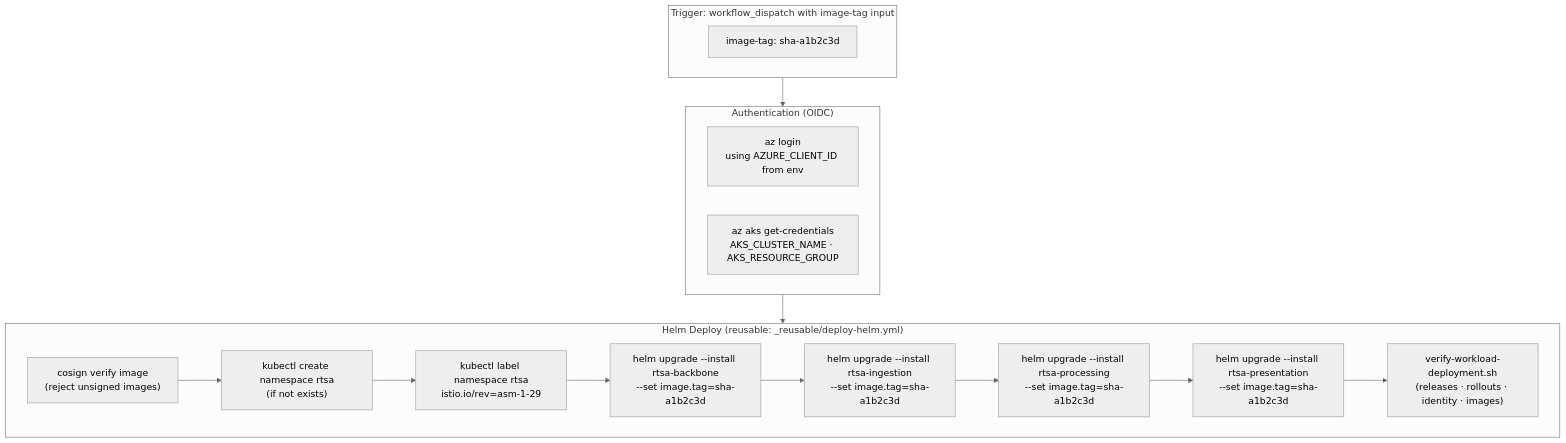
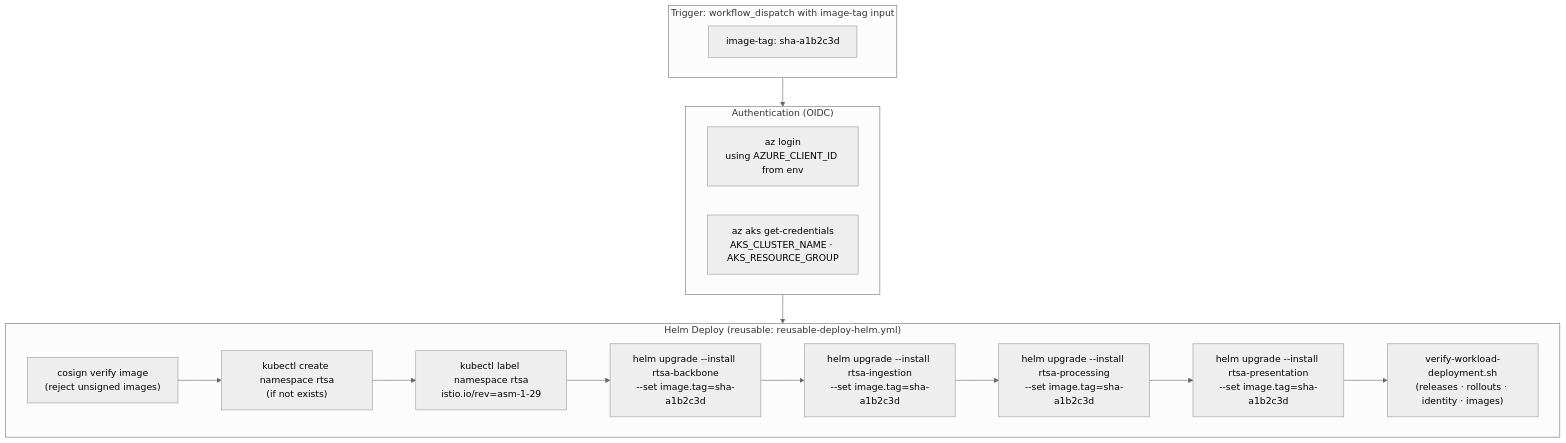
One commit to arvinddhasmana/rtsa_webgpu changed diagram 15 of 21 in docs/deployment/azure/10-getting-started-guide.md. Above: the diagram before and after it, drawn with Mermaid (neutral theme). The commit also changed other lines of this file and 44 other files, not shown here.

````diff
--- a/docs/deployment/azure/10-getting-started-guide.md
+++ b/docs/deployment/azure/10-getting-started-guide.md
@@ -884,25 +885,25 @@
 ```mermaid
 flowchart TB
     subgraph TRIGGER2["Trigger: workflow_dispatch with image-tag input"]
         ITAG["image-tag: sha-a1b2c3d"]
     end
 
     subgraph AUTH2["Authentication (OIDC)"]
         AZLOG["az login\nusing AZURE_CLIENT_ID from env"]
         KUBE["az aks get-credentials\nAKS_CLUSTER_NAME · AKS_RESOURCE_GROUP"]
     end
 
-    subgraph DEPLOY_STEPS["Helm Deploy (reusable: _reusable/deploy-helm.yml)"]
+    subgraph DEPLOY_STEPS["Helm Deploy (reusable: reusable-deploy-helm.yml)"]
         VERIFY["cosign verify image\n(reject unsigned images)"]
         NSCREATE["kubectl create namespace rtsa\n(if not exists)"]
         LABEL["kubectl label namespace rtsa\nistio.io/rev=asm-1-29"]
         HELM1["helm upgrade --install rtsa-backbone\n--set image.tag=sha-a1b2c3d"]
         HELM2["helm upgrade --install rtsa-ingestion\n--set image.tag=sha-a1b2c3d"]
         HELM3["helm upgrade --install rtsa-processing\n--set image.tag=sha-a1b2c3d"]
         HELM4["helm upgrade --install rtsa-presentation\n--set image.tag=sha-a1b2c3d"]
         SMOKE["verify-workload-deployment.sh\n(releases · rollouts · identity · images)"]
         VERIFY --> NSCREATE --> LABEL --> HELM1 --> HELM2 --> HELM3 --> HELM4 --> SMOKE
     end
 
     TRIGGER2 --> AUTH2 --> DEPLOY_STEPS
 ```
````
